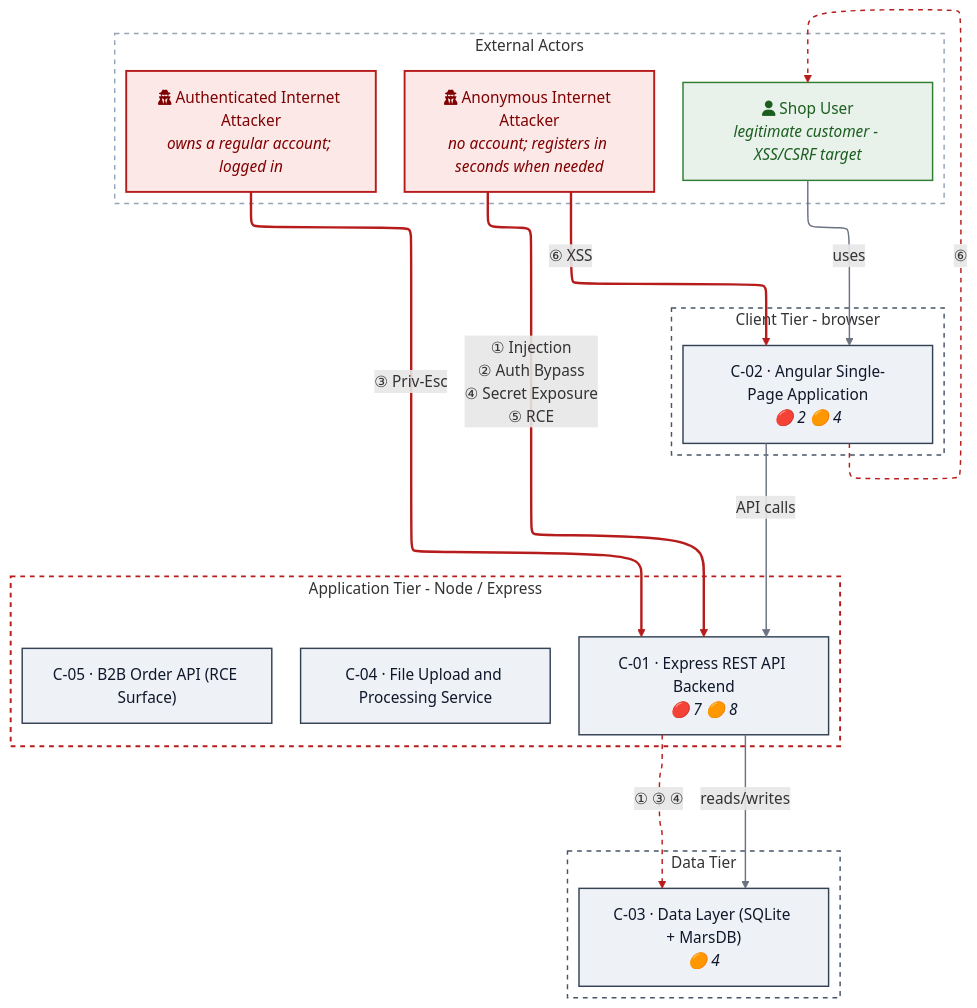
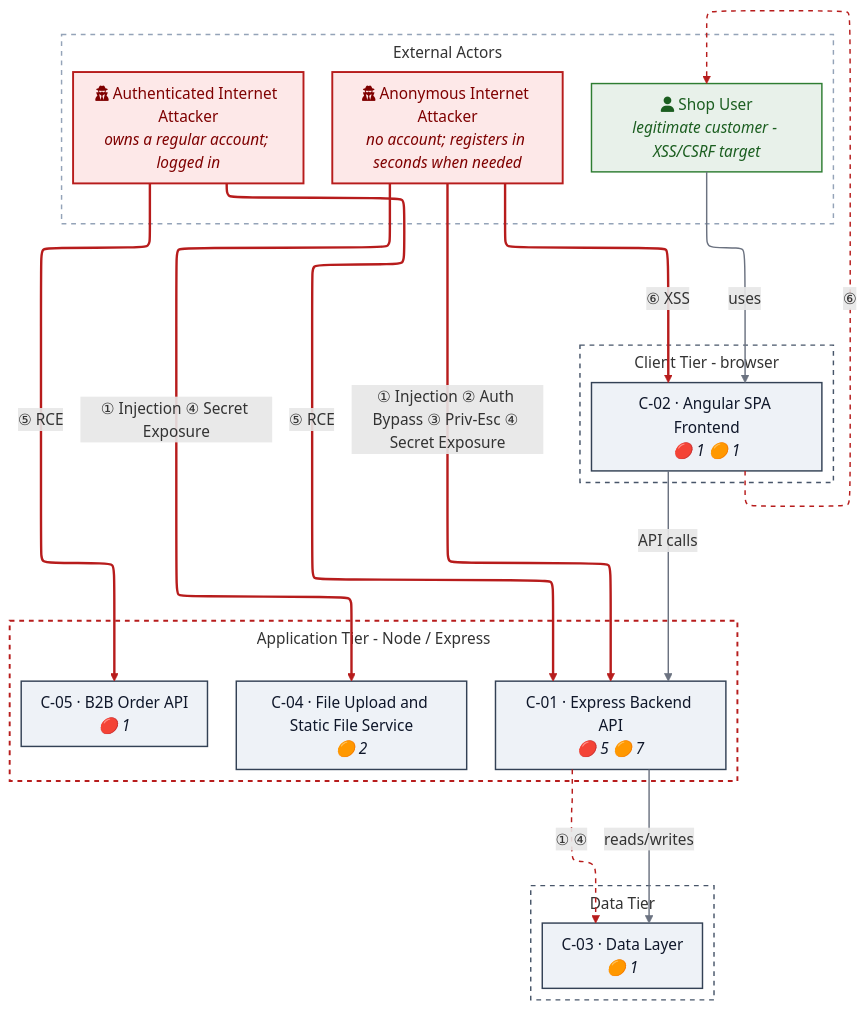
One commit to appsec-foundry/appsec-advisor changed the first of 15 diagrams in examples/threat-modeler/threat-model-juice-shop-standard.md. Above: the diagram before and after it, drawn with Mermaid. The commit also changed other lines of this file, not shown here.

````diff
--- a/examples/threat-modeler/threat-model-juice-shop-standard.md
+++ b/examples/threat-modeler/threat-model-juice-shop-standard.md
@@ -110,46 +114,49 @@
 ```mermaid
-%%{init: {"flowchart": {"defaultRenderer": "elk", "nodeSpacing": 40, "rankSpacing": 80}} }%%
+%%{init: {"flowchart": {"defaultRenderer": "elk", "nodeSpacing": 34, "rankSpacing": 52, "padding": 10, "subGraphTitleMargin": {"top": 6, "bottom": 6}}} }%%
 flowchart TB
     subgraph ZONE_ACTORS["External Actors"]
         direction LR
         EXT_SHOPUSER["fa:fa-user Shop User<br/><i>legitimate customer - XSS/CSRF target</i>"]:::actorgood
         ACT_INTERNET_ANON["fa:fa-user-secret Anonymous Internet Attacker<br/><i>no account; registers in seconds when needed</i>"]:::actorbad
         ACT_INTERNET_USER["fa:fa-user-secret Authenticated Internet Attacker<br/><i>owns a regular account; logged in</i>"]:::actorbad
     end
 
     subgraph CLIENT["Client Tier - browser"]
-        CMP_FRONTEND_SPA["C-02 · Angular Single-Page Application<br/><i>🔴 2 🟠 4</i>"]:::comp
+        CMP_ANGULAR_SPA["C-02 · Angular SPA Frontend<br/><i>🔴 1 🟠 1</i>"]:::comp
     end
     subgraph APP["Application Tier - Node / Express"]
-        CMP_BACKEND_API["C-01 · Express REST API Backend<br/><i>🔴 7 🟠 8</i>"]:::comp
-        CMP_FILE_UPLOAD_SERVICE["C-04 · File Upload and Processing Service"]:::comp
-        CMP_B2B_API["C-05 · B2B Order API (RCE Surface)"]:::comp
+        CMP_EXPRESS_BACKEND["C-01 · Express Backend API<br/><i>🔴 5 🟠 7</i>"]:::comp
+        CMP_FILE_UPLOAD_SERVICE["C-04 · File Upload and Static File Service<br/><i>🟠 2</i>"]:::comp
+        CMP_B2B_API["C-05 · B2B Order API<br/><i>🔴 1</i>"]:::comp
     end
     subgraph DATA["Data Tier"]
-        CMP_DATA_PERSISTENCE["C-03 · Data Layer (SQLite + MarsDB)<br/><i>🟠 4</i>"]:::comp
+        CMP_DATA_LAYER["C-03 · Data Layer<br/><i>🟠 1</i>"]:::comp
     end
 
     %% legitimate request flow
-    EXT_SHOPUSER -->|"uses"| CMP_FRONTEND_SPA
-    CMP_FRONTEND_SPA -->|"API calls"| CMP_BACKEND_API
-    CMP_BACKEND_API -->|"reads/writes"| CMP_DATA_PERSISTENCE
+    EXT_SHOPUSER -->|"uses"| CMP_ANGULAR_SPA
+    CMP_ANGULAR_SPA -->|"API calls"| CMP_EXPRESS_BACKEND
+    CMP_EXPRESS_BACKEND -->|"reads/writes"| CMP_DATA_LAYER
     %% attacks (solid) - each originates at a threat actor; glyphs match Figure 2 / Top Threats
-    ACT_INTERNET_ANON ==>|"① Injection<br/>② Auth Bypass<br/>④ Secret Exposure<br/>⑤ RCE"| CMP_BACKEND_API
-    ACT_INTERNET_USER ==>|"③ Priv-Esc"| CMP_BACKEND_API
-    ACT_INTERNET_ANON ==>|"⑥ XSS"| CMP_FRONTEND_SPA
+    ACT_INTERNET_ANON ==>|"① Injection ② Auth Bypass ③ Priv-Esc ④ Secret Exposure"| CMP_EXPRESS_BACKEND
+    ACT_INTERNET_ANON ==>|"① Injection ④ Secret Exposure"| CMP_FILE_UPLOAD_SERVICE
+    ACT_INTERNET_USER ==>|"⑤ RCE"| CMP_B2B_API
+    ACT_INTERNET_USER ==>|"⑤ RCE"| CMP_EXPRESS_BACKEND
+    ACT_INTERNET_ANON ==>|"⑥ XSS"| CMP_ANGULAR_SPA
     %% propagation (dotted) - how the attack reaches the data tier / victim
-    CMP_BACKEND_API -.->|"① ③ ④"| CMP_DATA_PERSISTENCE
-    CMP_FRONTEND_SPA -.->|"⑥"| EXT_SHOPUSER
+    CMP_EXPRESS_BACKEND -.->|"① ④"| CMP_DATA_LAYER
+    CMP_ANGULAR_SPA -.->|"⑥"| EXT_SHOPUSER
 
     style CLIENT fill:none,stroke:#475569,stroke-width:1.5px,stroke-dasharray:5
     style APP fill:none,stroke:#b71c1c,stroke-width:2px,stroke-dasharray:5
     style DATA fill:none,stroke:#475569,stroke-width:1.5px,stroke-dasharray:5
     style ZONE_ACTORS fill:none,stroke:#94a3b8,stroke-width:1.5px,stroke-dasharray:5
     classDef comp fill:#eef2f7,stroke:#334155,color:#0f172a,stroke-width:1.5px
+    classDef compmuted fill:#f8fafc,stroke:#cbd5e1,color:#64748b,stroke-width:1px,font-size:9px
     classDef ext  fill:#ffffff,stroke:#94a3b8,color:#334155,stroke-width:1.5px
     classDef actorbad  fill:#fde8e8,stroke:#b71c1c,color:#7f0000,stroke-width:2px
     classDef actorgood fill:#e8f1ea,stroke:#2e7d32,color:#1b5e20,stroke-width:1.5px
     linkStyle 0,1,2 stroke:#6b7280,stroke-width:1.5px
-    linkStyle 3,4,5 stroke:#b71c1c,stroke-width:2.5px
-    linkStyle 6,7 stroke:#b71c1c,stroke-width:1.5px,stroke-dasharray:5
+    linkStyle 3,4,5,6,7 stroke:#b71c1c,stroke-width:2.5px
+    linkStyle 8,9 stroke:#b71c1c,stroke-width:1.5px,stroke-dasharray:5
 ```
````
